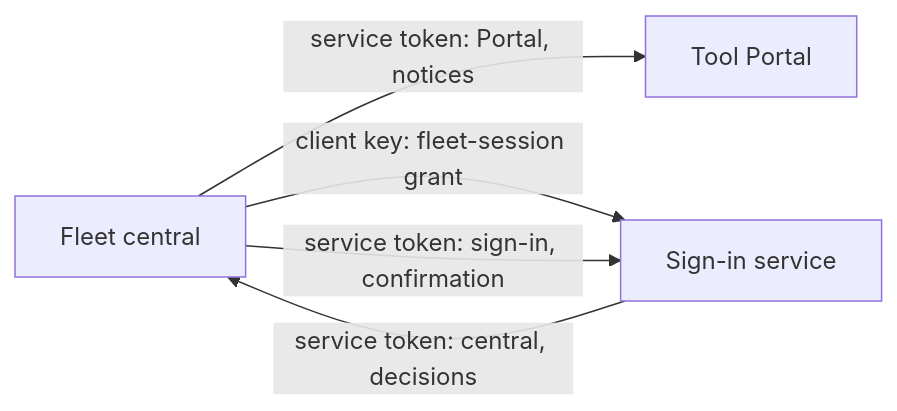
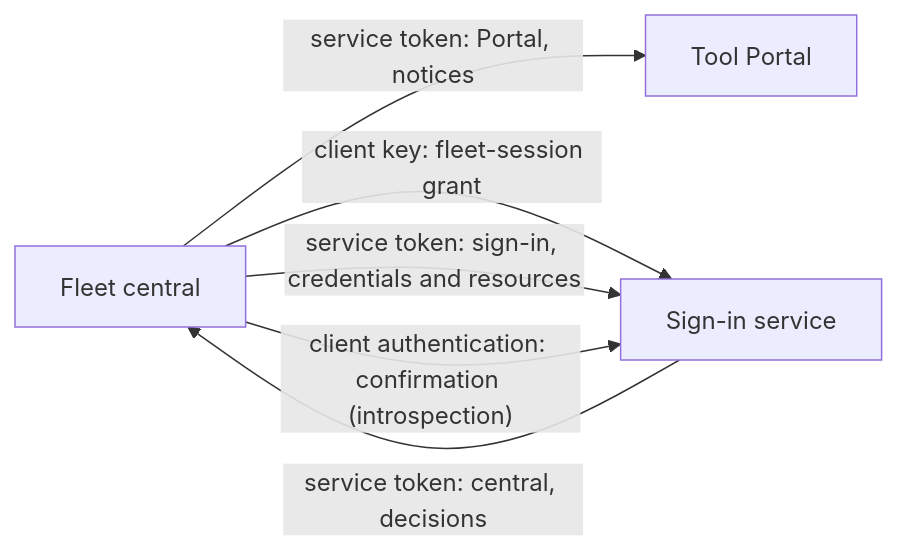
One commit to ShravanSunder/agent-vm changed diagram 11 of 12 in docs/specs/2026-10-24-agent-identity/alternatives.md. Above: the diagram before and after it, drawn with Mermaid. The commit also changed other lines of this file and 19 other files, not shown here.

````diff
--- a/docs/specs/2026-10-24-agent-identity/alternatives.md
+++ b/docs/specs/2026-10-24-agent-identity/alternatives.md
@@ -346,7 +346,8 @@
 ```mermaid
 flowchart LR
   C["Fleet central"] -- "service token: Portal, notices" --> P["Tool Portal"]
   S["Sign-in service"] -- "service token: central, decisions" --> C
   C -- "client key: fleet-session grant" --> S
-  C -- "service token: sign-in, confirmation" --> S
+  C -- "service token: sign-in, credentials and resources" --> S
+  C -- "client authentication: confirmation (introspection)" --> S
 ```
````
